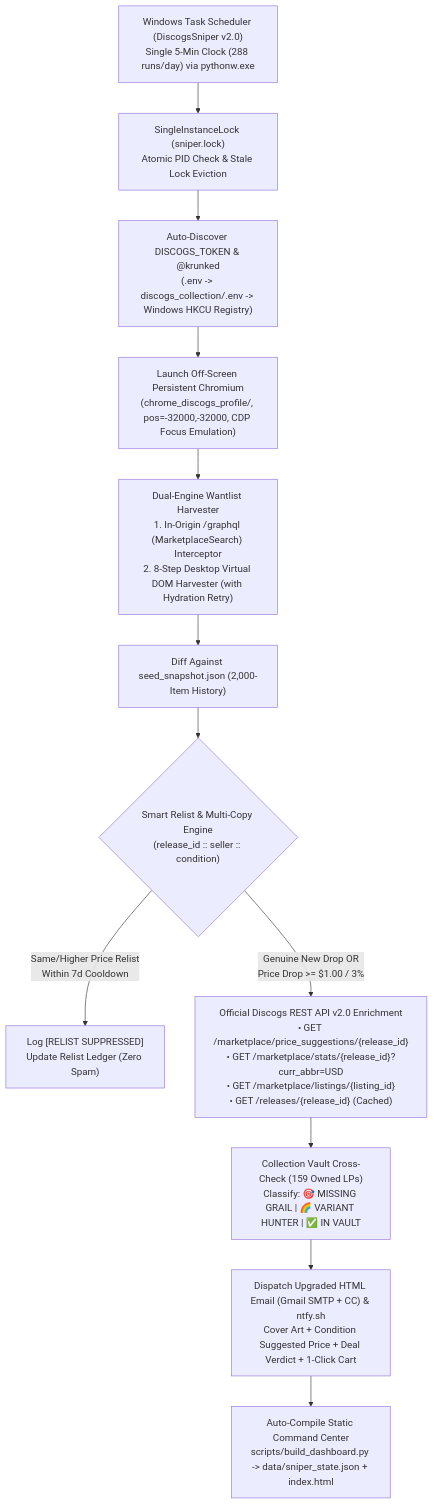
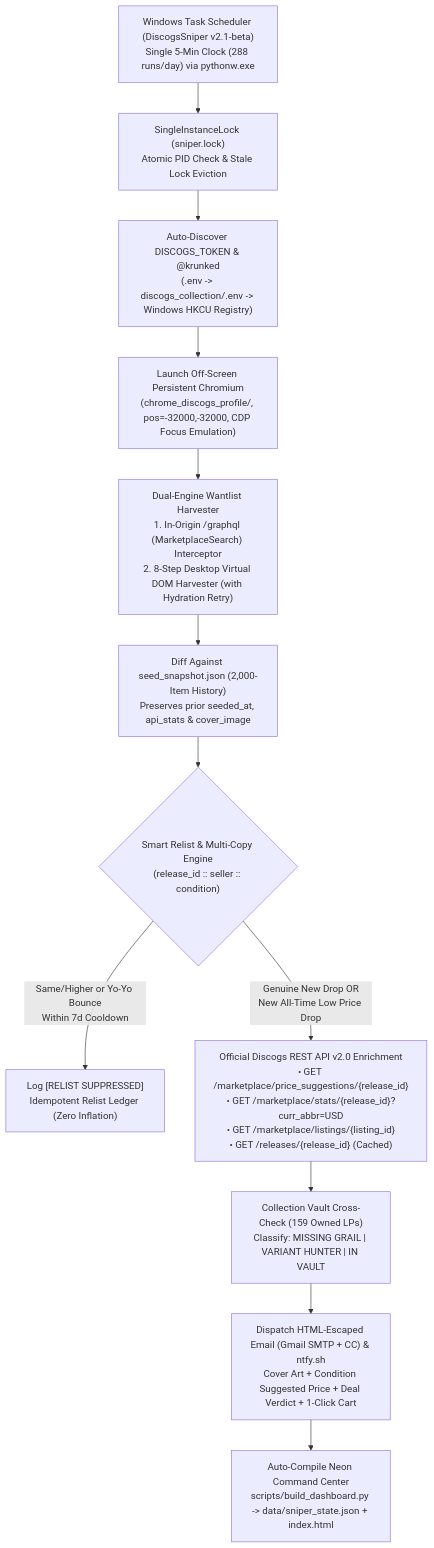
Before and after one commit to krunked-fpv/discogs_sniper: the diagram in README.md, drawn with Mermaid. The commit also changed other lines of this file and 13 other files, not shown here.

Commit message:
feat(v2.1-beta): neon command center overhaul, live wantlist sync & full bug sweep

````diff
--- a/README.md
+++ b/README.md
@@ -28,14 +49,14 @@
 ```mermaid
 flowchart TD
-    TS["Windows Task Scheduler (DiscogsSniper v2.0)<br/>Single 5-Min Clock (288 runs/day) via pythonw.exe"] --> LOCK["SingleInstanceLock (sniper.lock)<br/>Atomic PID Check & Stale Lock Eviction"]
+    TS["Windows Task Scheduler (DiscogsSniper v2.1-beta)<br/>Single 5-Min Clock (288 runs/day) via pythonw.exe"] --> LOCK["SingleInstanceLock (sniper.lock)<br/>Atomic PID Check & Stale Lock Eviction"]
     LOCK --> CREDS["Auto-Discover DISCOGS_TOKEN & @krunked<br/>(.env -> discogs_collection/.env -> Windows HKCU Registry)"]
     CREDS --> BROWSER["Launch Off-Screen Persistent Chromium<br/>(chrome_discogs_profile/, pos=-32000,-32000, CDP Focus Emulation)"]
     BROWSER --> DUAL["Dual-Engine Wantlist Harvester<br/>1. In-Origin /graphql (MarketplaceSearch) Interceptor<br/>2. 8-Step Desktop Virtual DOM Harvester (with Hydration Retry)"]
-    DUAL --> DIFF["Diff Against seed_snapshot.json (2,000-Item History)"]
+    DUAL --> DIFF["Diff Against seed_snapshot.json (2,000-Item History)<br/>Preserves prior seeded_at, api_stats & cover_image"]
     DIFF --> DEDUP{"Smart Relist & Multi-Copy Engine<br/>(release_id :: seller :: condition)"}
-    DEDUP -- "Same/Higher Price Relist<br/>Within 7d Cooldown" --> SUPPRESS["Log [RELIST SUPPRESSED]<br/>Update Relist Ledger (Zero Spam)"]
-    DEDUP -- "Genuine New Drop OR<br/>Price Drop >= $1.00 / 3%" --> API["Official Discogs REST API v2.0 Enrichment<br/>• GET /marketplace/price_suggestions/{release_id}<br/>• GET /marketplace/stats/{release_id}?curr_abbr=USD<br/>• GET /marketplace/listings/{listing_id}<br/>• GET /releases/{release_id} (Cached)"]
-    API --> VAULT["Collection Vault Cross-Check (159 Owned LPs)<br/>Classify: 🎯 MISSING GRAIL | 🌈 VARIANT HUNTER | ✅ IN VAULT"]
-    VAULT --> ALERT["Dispatch Upgraded HTML Email (Gmail SMTP + CC) & ntfy.sh<br/>Cover Art + Condition Suggested Price + Deal Verdict + 1-Click Cart"]
-    ALERT --> BUILD["Auto-Compile Static Command Center<br/>scripts/build_dashboard.py -> data/sniper_state.json + index.html"]
+    DEDUP -- "Same/Higher or Yo-Yo Bounce<br/>Within 7d Cooldown" --> SUPPRESS["Log [RELIST SUPPRESSED]<br/>Idempotent Relist Ledger (Zero Inflation)"]
+    DEDUP -- "Genuine New Drop OR<br/>New All-Time Low Price Drop" --> API["Official Discogs REST API v2.0 Enrichment<br/>• GET /marketplace/price_suggestions/{release_id}<br/>• GET /marketplace/stats/{release_id}?curr_abbr=USD<br/>• GET /marketplace/listings/{listing_id}<br/>• GET /releases/{release_id} (Cached)"]
+    API --> VAULT["Collection Vault Cross-Check (159 Owned LPs)<br/>Classify: MISSING GRAIL | VARIANT HUNTER | IN VAULT"]
+    VAULT --> ALERT["Dispatch HTML-Escaped Email (Gmail SMTP + CC) & ntfy.sh<br/>Cover Art + Condition Suggested Price + Deal Verdict + 1-Click Cart"]
+    ALERT --> BUILD["Auto-Compile Neon Command Center<br/>scripts/build_dashboard.py -> data/sniper_state.json + index.html"]
 ```
````
